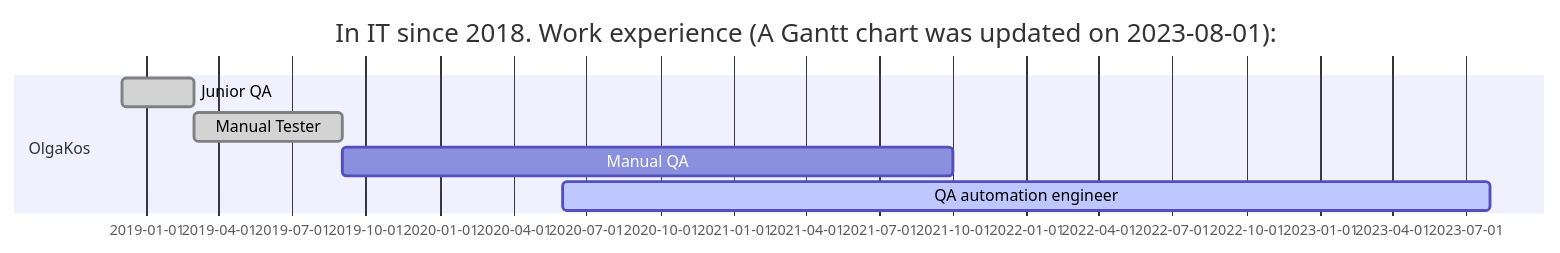
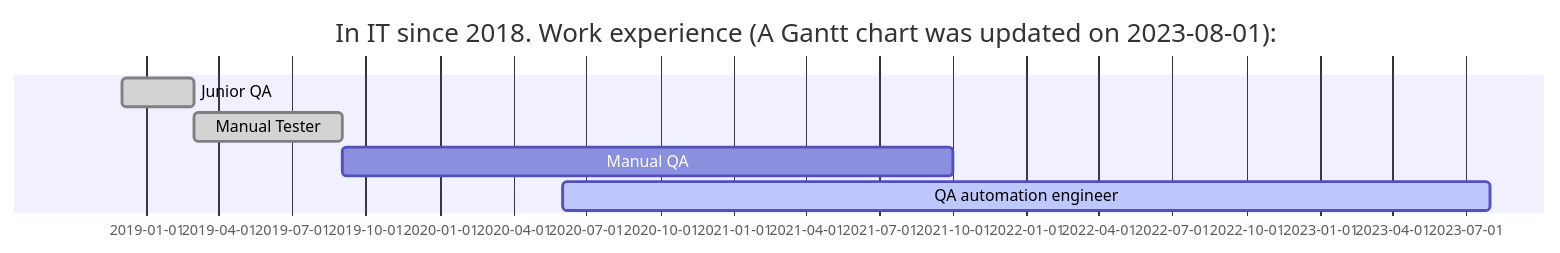
One commit to A-d-am/A-d-am changed the diagram in README.md. Above: the diagram before and after it, drawn with Mermaid.

````diff
--- a/README.md
+++ b/README.md
@@ -7,10 +7,9 @@
 ```mermaid
   gantt 
     title In IT since 2018. Work experience (A Gantt chart was updated on 2023-08-01):
     dateFormat  YYYY-MM
-    section OlgaKos
     Junior QA         :done, 2018-12, 90d
     Manual Tester	  :done, 2019-03, 2019-09
     Manual QA         :after, 2019-09, 2021-10
     QA automation engineer     :active, 2020-06, 2023-08
 ```
````
